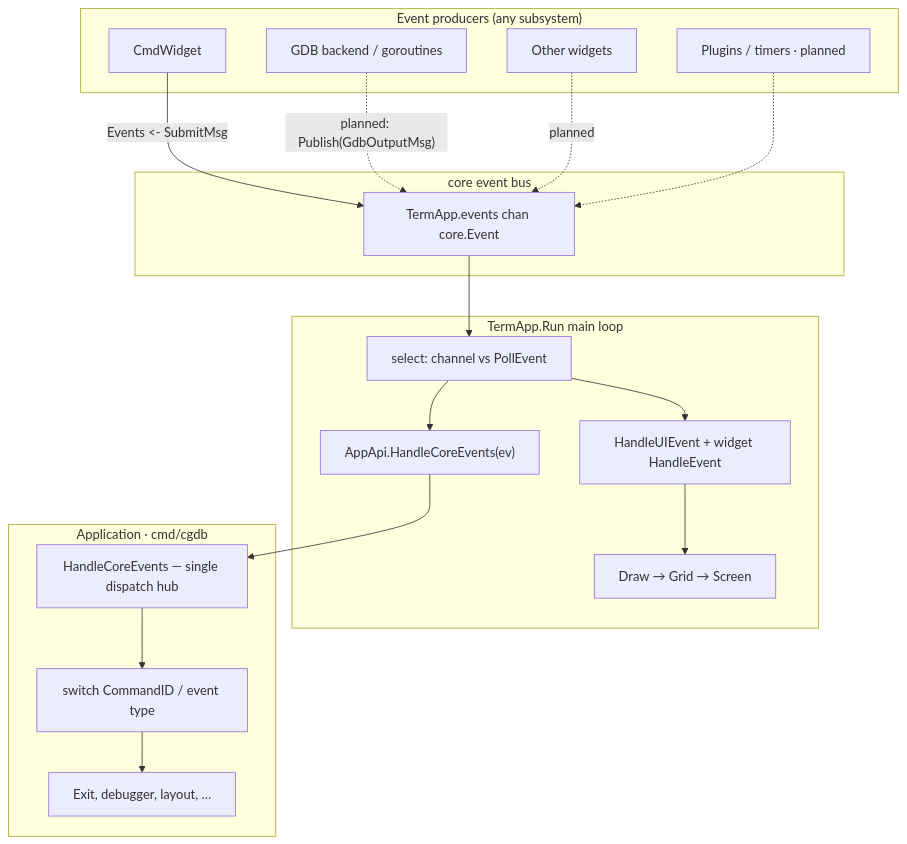
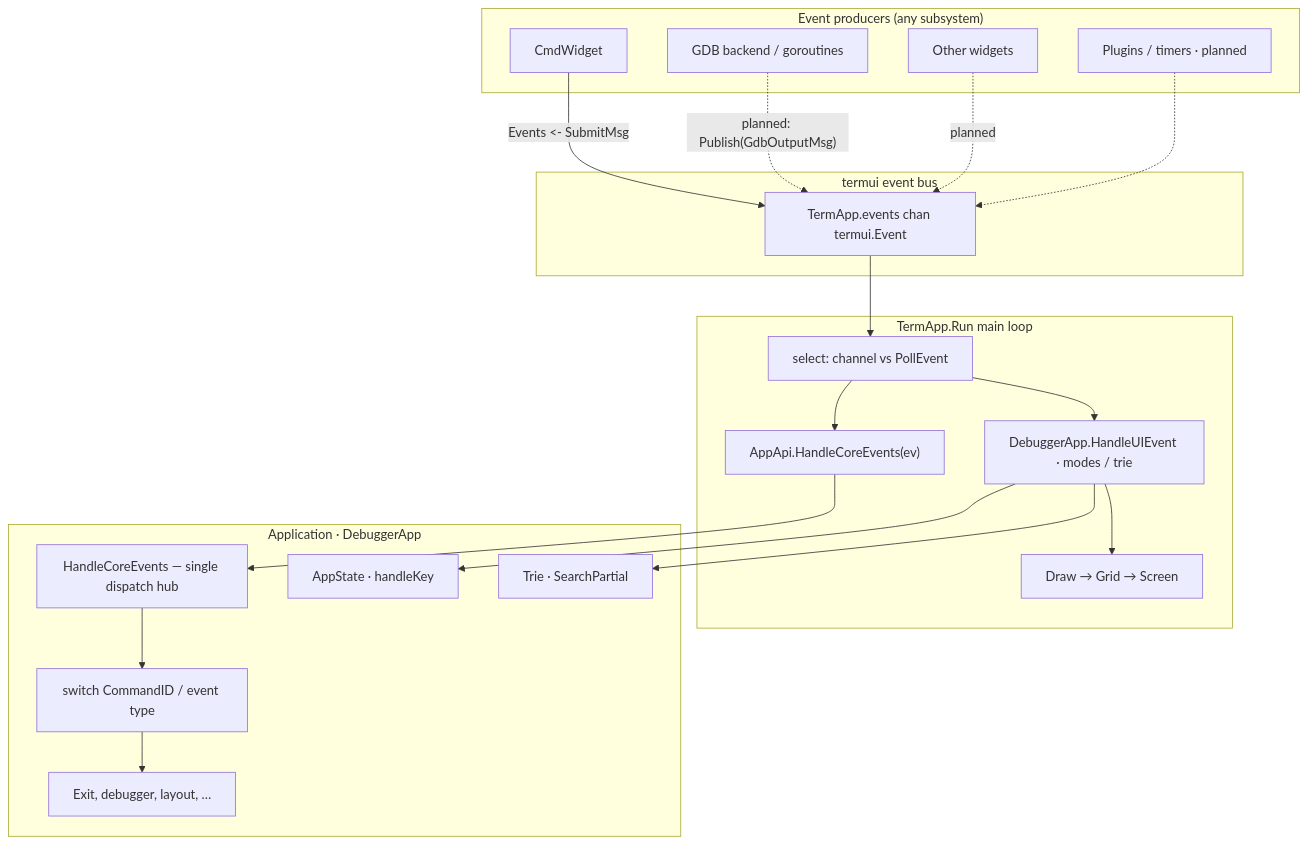
One commit to yairgd/gdbforge changed the diagram in docs/diagrams/event_bus.mermaid. Above: the diagram before and after it, drawn with Mermaid. The commit also changed 18 other files, not shown here.

```diff
--- a/docs/diagrams/event_bus.mermaid
+++ b/docs/diagrams/event_bus.mermaid
@@ -1,35 +1,40 @@
 flowchart TB
     subgraph Producers["Event producers (any subsystem)"]
         CmdW["CmdWidget"]
         GDB["GDB backend / goroutines"]
         Widgets["Other widgets"]
         Future["Plugins / timers · planned"]
     end
 
-    subgraph Bus["core event bus"]
-        Chan["TermApp.events chan core.Event"]
+    subgraph Bus["termui event bus"]
+        Chan["TermApp.events chan termui.Event"]
     end
 
     subgraph Loop["TermApp.Run main loop"]
         Select["select: channel vs PollEvent"]
         CoreDispatch["AppApi.HandleCoreEvents(ev)"]
-        TcellDispatch["HandleUIEvent + widget HandleEvent"]
+        TcellDispatch["DebuggerApp.HandleUIEvent · modes / trie"]
         Draw["Draw → Grid → Screen"]
     end
 
-    subgraph App["Application · cmd/cgdb"]
+    subgraph App["Application · DebuggerApp"]
         Handler["HandleCoreEvents — single dispatch hub"]
         CmdSwitch["switch CommandID / event type"]
+        Modes["AppState · handleKey"]
+        Trie["Trie · SearchPartial"]
         Actions["Exit, debugger, layout, …"]
     end
 
     CmdW -->|"Events <- SubmitMsg"| Chan
     GDB -.->|"planned: Publish(GdbOutputMsg)"| Chan
     Widgets -.->|"planned"| Chan
     Future -.-> Chan
 
     Chan --> Select
     Select --> CoreDispatch
     CoreDispatch --> Handler --> CmdSwitch --> Actions
 
-    Select --> TcellDispatch --> Draw
+    Select --> TcellDispatch
+    TcellDispatch --> Modes
+    TcellDispatch --> Trie
+    TcellDispatch --> Draw
```
